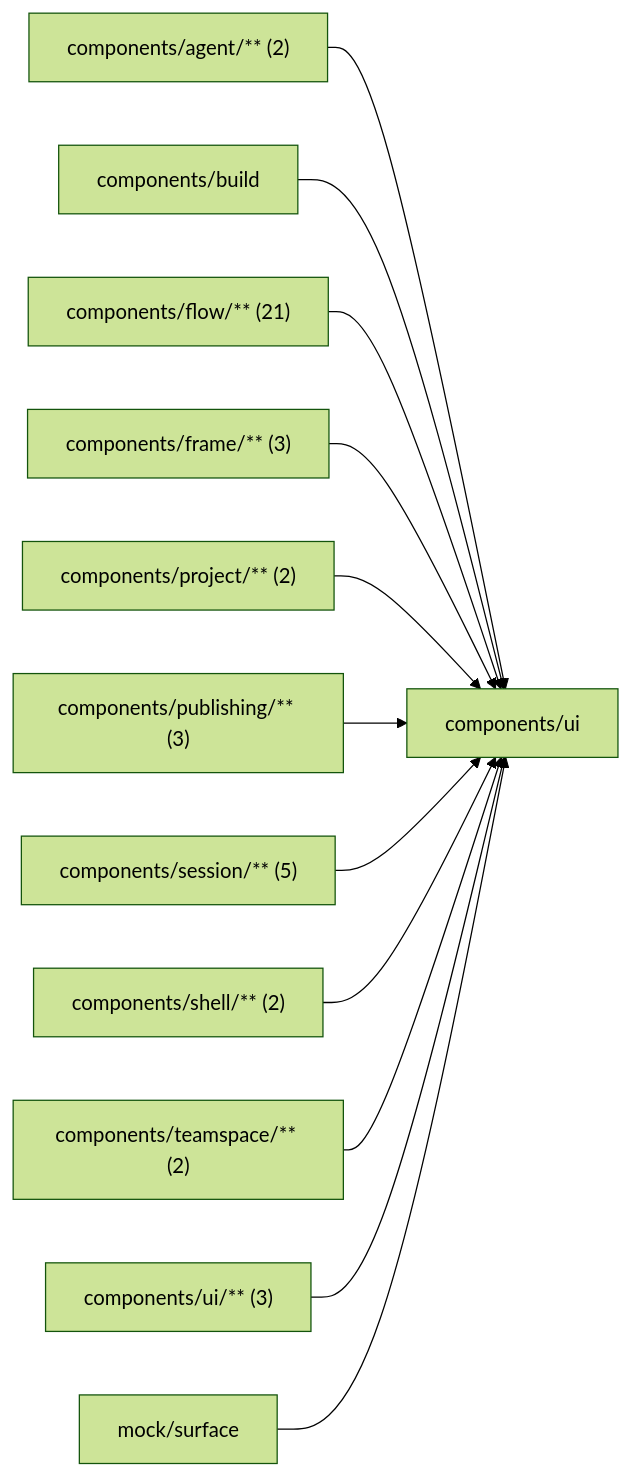
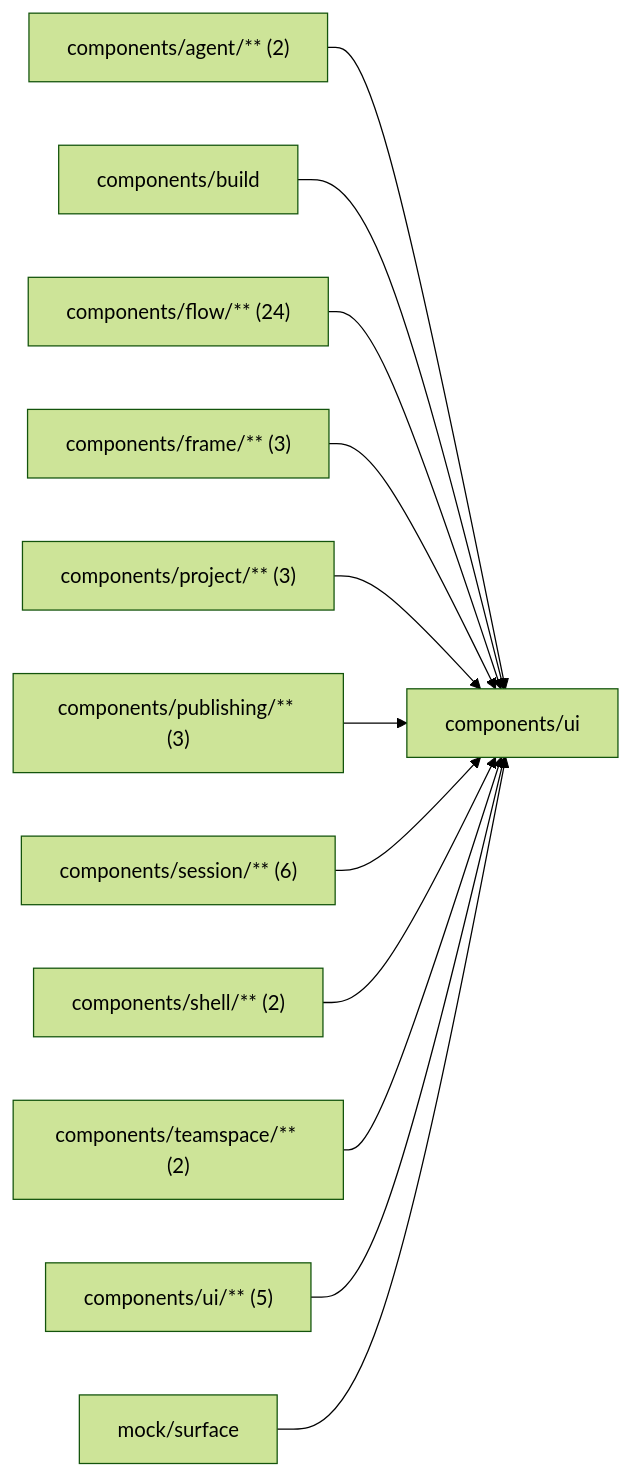
The diagram in web/studio/components/ui/README.md (superdurable/superverse), drawn with Mermaid (forest theme) before and after one commit. The commit also changed other lines of this file and 278 other files, not shown here.

````diff
--- a/web/studio/components/ui/README.md
+++ b/web/studio/components/ui/README.md
@@ -10,15 +10,15 @@
 ```mermaid
 flowchart LR
   self["components/ui"]
   c0["components/agent/** (2)"] --> self
   c1["components/build"] --> self
-  c2["components/flow/** (21)"] --> self
+  c2["components/flow/** (24)"] --> self
   c3["components/frame/** (3)"] --> self
-  c4["components/project/** (2)"] --> self
+  c4["components/project/** (3)"] --> self
   c5["components/publishing/** (3)"] --> self
-  c6["components/session/** (5)"] --> self
+  c6["components/session/** (6)"] --> self
   c7["components/shell/** (2)"] --> self
   c8["components/teamspace/** (2)"] --> self
-  c9["components/ui/** (3)"] --> self
+  c9["components/ui/** (5)"] --> self
   c10["mock/surface"] --> self
 ```
````
